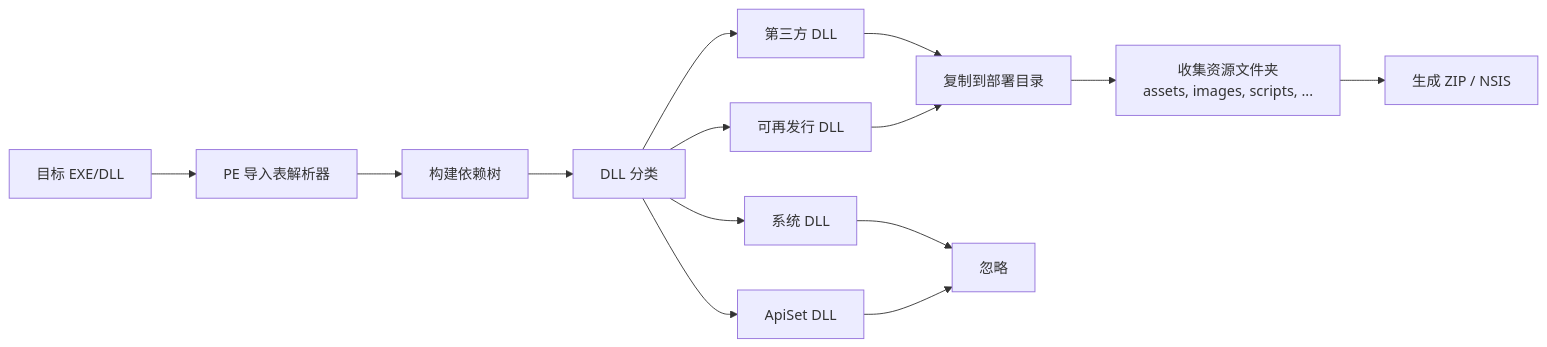
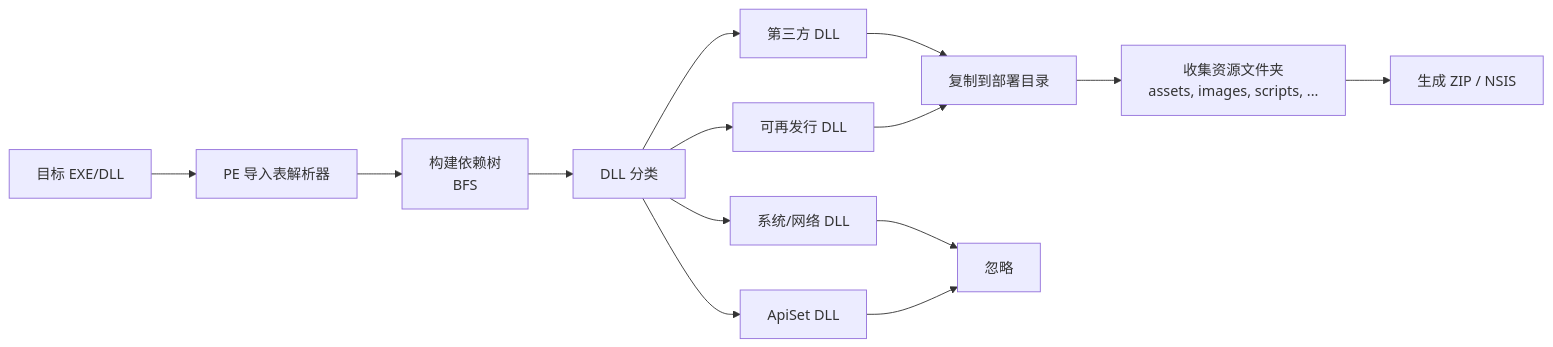
The second of 5 diagrams in README.zh-CN.md (2774326573/LibDeploy), drawn with Mermaid before and after one commit. The commit also changed other lines of this file and 16 other files, not shown here.

````diff
--- a/README.zh-CN.md
+++ b/README.zh-CN.md
@@ -246,18 +266,18 @@
 ```mermaid
 flowchart LR
     Input[目标 EXE/DLL] --> PE[PE 导入表解析器]
-    PE --> Tree[构建依赖树]
+    PE --> Tree[构建依赖树<br/>BFS]
     Tree --> Classify[DLL 分类]
-    Classify --> OS[系统 DLL]
+    Classify --> OS[系统/网络 DLL]
     Classify --> ThirdParty[第三方 DLL]
     Classify --> Redist[可再发行 DLL]
     Classify --> ApiSet[ApiSet DLL]
-    
+
     ThirdParty --> Copy[复制到部署目录]
     Redist --> Copy
     OS --> Ignore[忽略]
     ApiSet --> Ignore
-    
+
     Copy --> Resources[收集资源文件夹<br/>assets, images, scripts, ...]
     Resources --> Package[生成 ZIP / NSIS]
 ```
````
